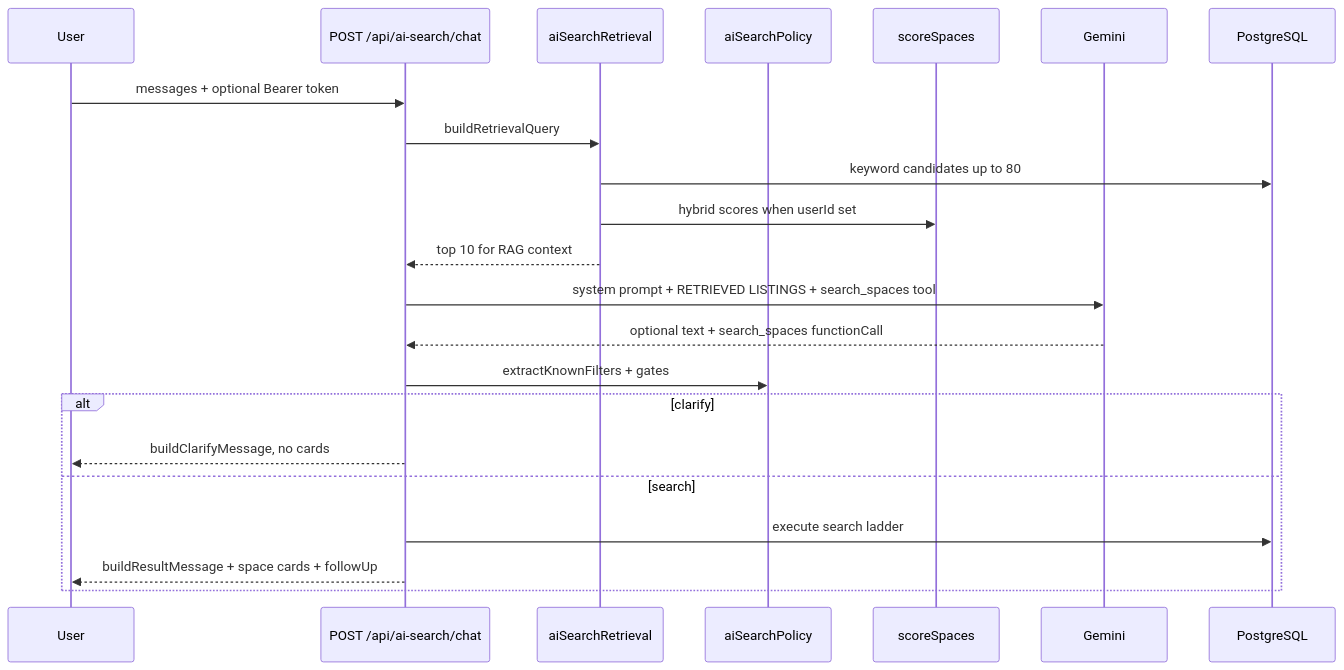
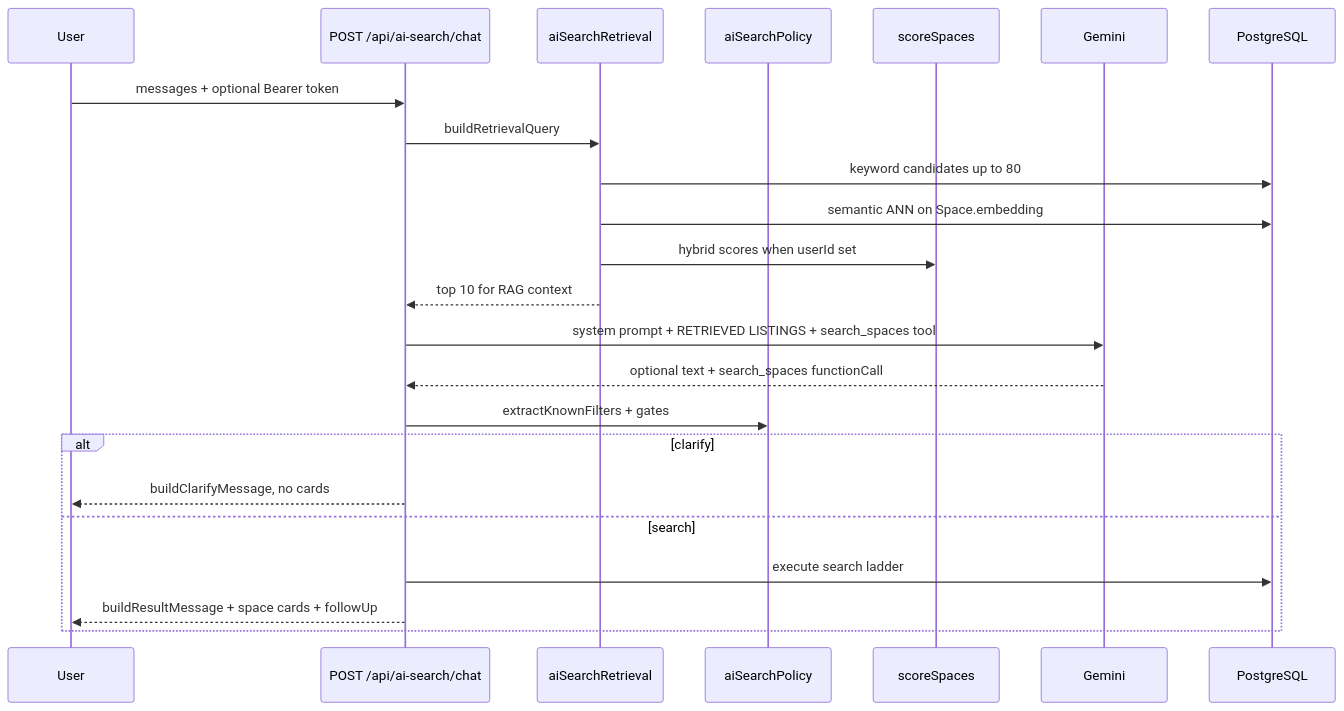
The first of 2 diagrams in backend/docs/AI_RAG.md (Hutssie/shared-space-reservations), drawn with Mermaid before and after one commit. The commit also changed other lines of this file and 7 other files, not shown here.

````diff
--- a/backend/docs/AI_RAG.md
+++ b/backend/docs/AI_RAG.md
@@ -11,25 +11,26 @@
 ```mermaid
 sequenceDiagram
   participant User
   participant API as POST /api/ai-search/chat
   participant R as aiSearchRetrieval
   participant P as aiSearchPolicy
   participant H as scoreSpaces
   participant G as Gemini
   participant DB as PostgreSQL
 
   User->>API: messages + optional Bearer token
   API->>R: buildRetrievalQuery
   R->>DB: keyword candidates up to 80
+  R->>DB: semantic ANN on Space.embedding
   R->>H: hybrid scores when userId set
   R-->>API: top 10 for RAG context
   API->>G: system prompt + RETRIEVED LISTINGS + search_spaces tool
   G-->>API: optional text + search_spaces functionCall
   API->>P: extractKnownFilters + gates
   alt clarify
     API-->>User: buildClarifyMessage, no cards
   else search
     API->>DB: execute search ladder
     API-->>User: buildResultMessage + space cards + followUp
   end
 ```
````
